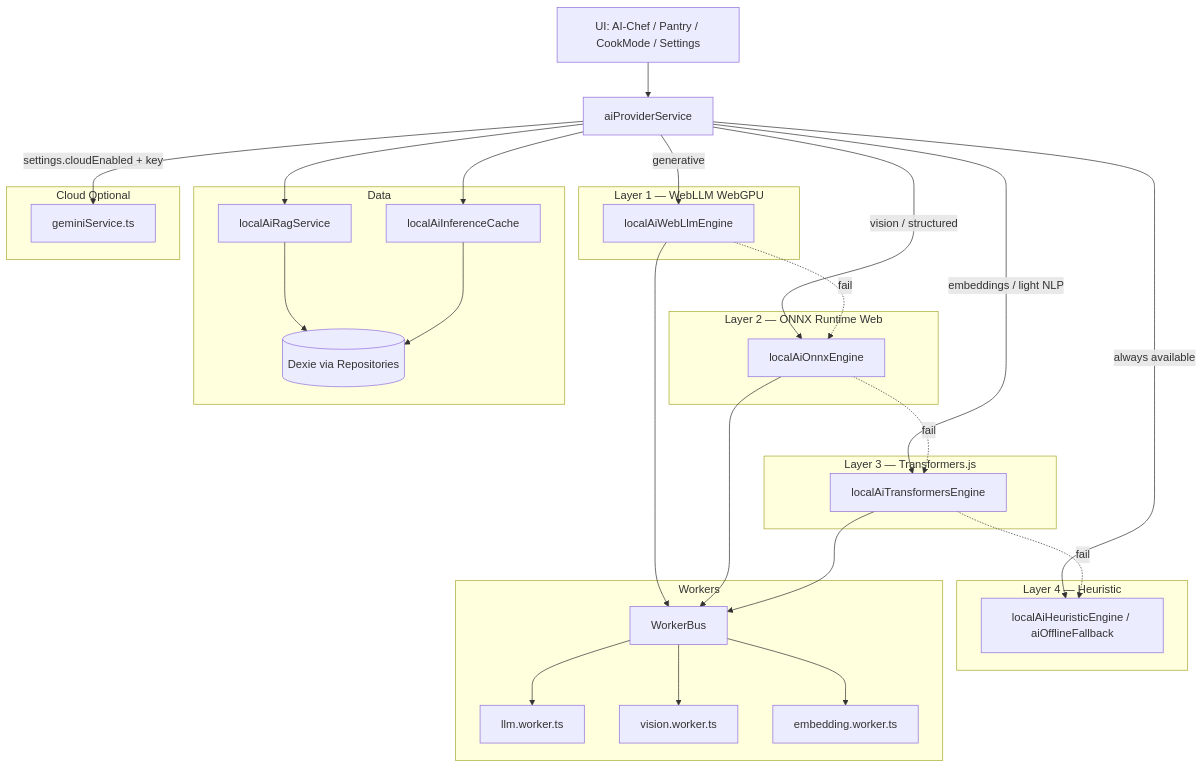
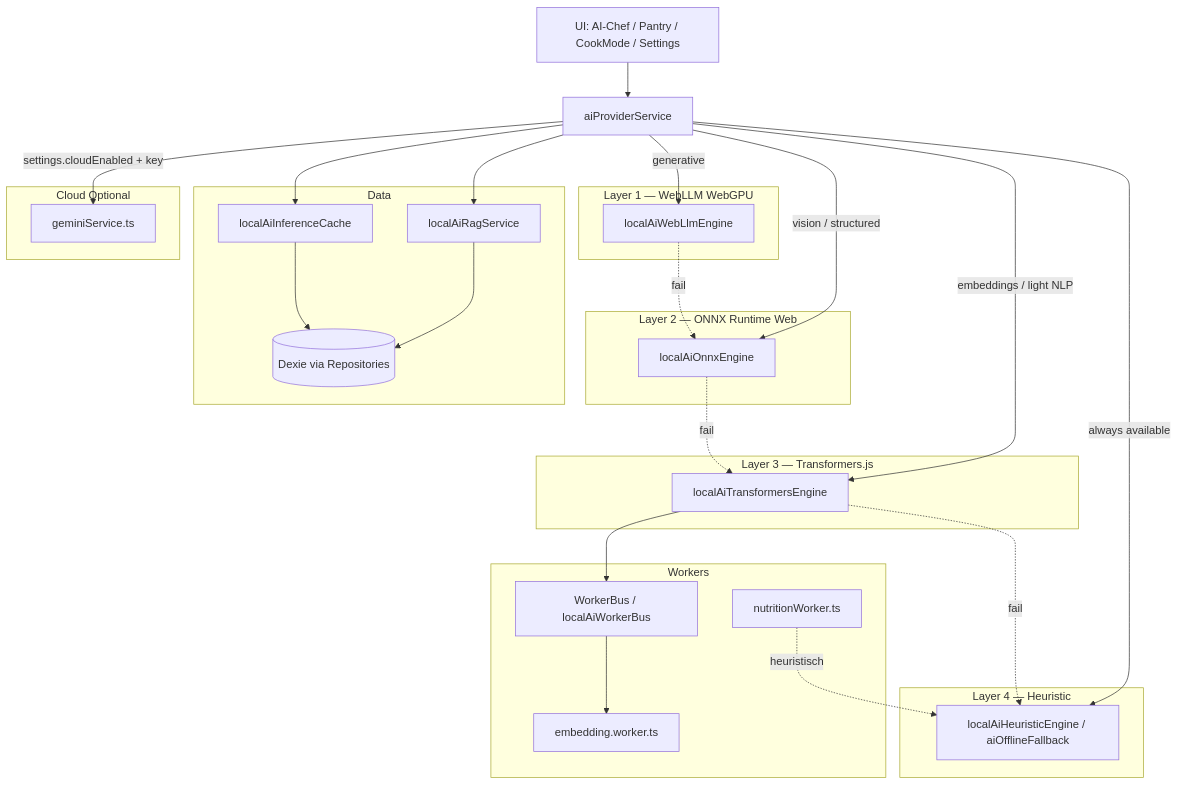
One commit to qnbs/CulinaSync-de- changed the diagram in docs/LOCAL-AI-ARCHITECTURE.md. Above: the diagram before and after it, drawn with Mermaid. The commit also changed other lines of this file and 22 other files, not shown here.

First line of the commit message:
feat(local-ai): m11.4 meal-plan rag, embedding worker, setup wizard (#75)

````diff
--- a/docs/LOCAL-AI-ARCHITECTURE.md
+++ b/docs/LOCAL-AI-ARCHITECTURE.md
@@ -24,59 +40,57 @@
 ```mermaid
 flowchart TB
   UI[UI: AI-Chef / Pantry / CookMode / Settings]
   APS[aiProviderService]
   UI --> APS
 
   subgraph L1 [Layer 1 — WebLLM WebGPU]
     WLLM[localAiWebLlmEngine]
   end
 
   subgraph L2 [Layer 2 — ONNX Runtime Web]
     ONNX[localAiOnnxEngine]
   end
 
   subgraph L3 [Layer 3 — Transformers.js]
     TF[localAiTransformersEngine]
   end
 
   subgraph L4 [Layer 4 — Heuristic]
     HEU[localAiHeuristicEngine / aiOfflineFallback]
   end
 
   APS -->|generative| WLLM
   APS -->|vision / structured| ONNX
   APS -->|embeddings / light NLP| TF
   APS -->|always available| HEU
 
   WLLM -.->|fail| ONNX
   ONNX -.->|fail| TF
   TF -.->|fail| HEU
 
   subgraph Workers
-    BUS[WorkerBus]
-    LLM_W[llm.worker.ts]
-    VIS_W[vision.worker.ts]
+    BUS[WorkerBus / localAiWorkerBus]
+    NUT_W[nutritionWorker.ts]
     EMB_W[embedding.worker.ts]
   end
 
-  WLLM --> BUS --> LLM_W
-  ONNX --> BUS --> VIS_W
   TF --> BUS --> EMB_W
+  NUT_W -.->|heuristisch| HEU
 
   subgraph Data
     RAG[localAiRagService]
     CACHE[localAiInferenceCache]
     DB[(Dexie via Repositories)]
   end
 
   APS --> RAG
   RAG --> DB
   APS --> CACHE
   CACHE --> DB
 
   subgraph CloudOptional [Cloud Optional]
     GEM[geminiService.ts]
   end
 
   APS -->|settings.cloudEnabled + key| GEM
 ```
````
